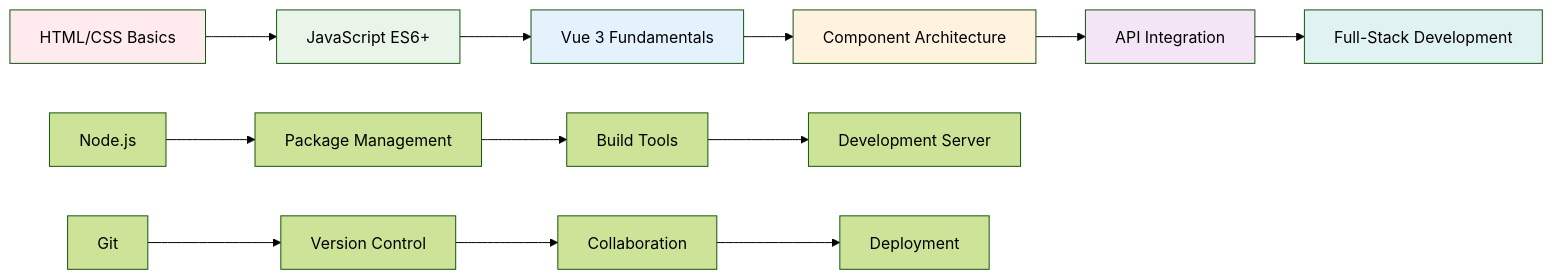
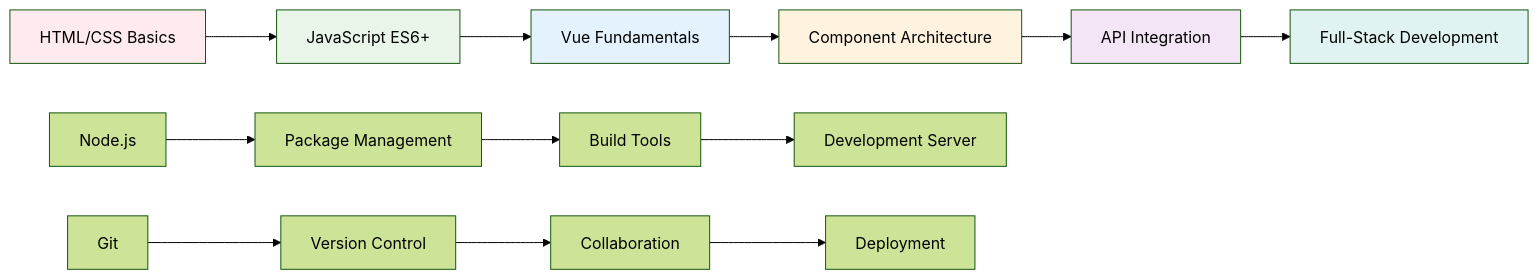
The third of 3 diagrams in diagrams/course-roadmap.md (longndt/vue-course), drawn with Mermaid (forest theme) before and after one commit. The commit also changed other lines of this file and 88 other files, not shown here.

````diff
--- a/diagrams/course-roadmap.md
+++ b/diagrams/course-roadmap.md
@@ -95,23 +95,23 @@
 ```mermaid
 graph LR
     A[HTML/CSS Basics] --> B[JavaScript ES6+]
-    B --> C[Vue 3 Fundamentals]
+    B --> C[Vue Fundamentals]
     C --> D[Component Architecture]
     D --> E[API Integration]
     E --> F[Full-Stack Development]
 
     G[Node.js] --> H[Package Management]
     H --> I[Build Tools]
     I --> J[Development Server]
 
     K[Git] --> L[Version Control]
     L --> M[Collaboration]
     M --> N[Deployment]
 
     style A fill:#ffebee
     style B fill:#e8f5e8
     style C fill:#e3f2fd
     style D fill:#fff3e0
     style E fill:#f3e5f5
     style F fill:#e0f2f1
 ```
````
